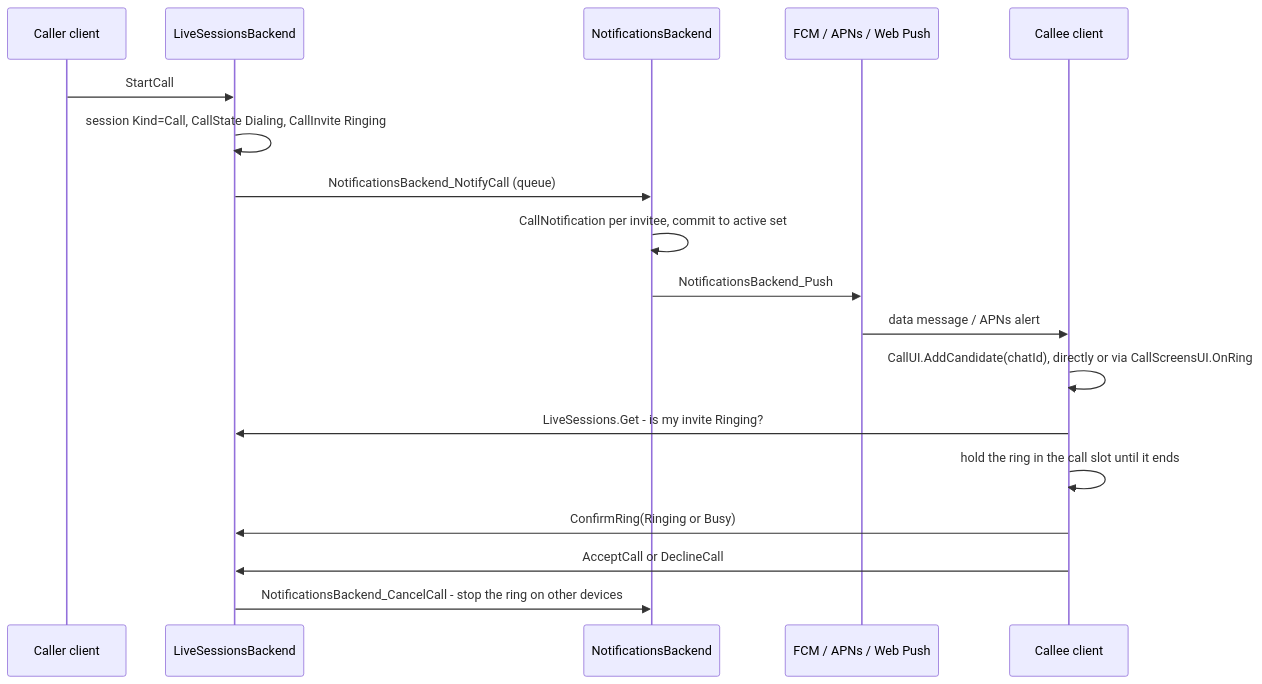
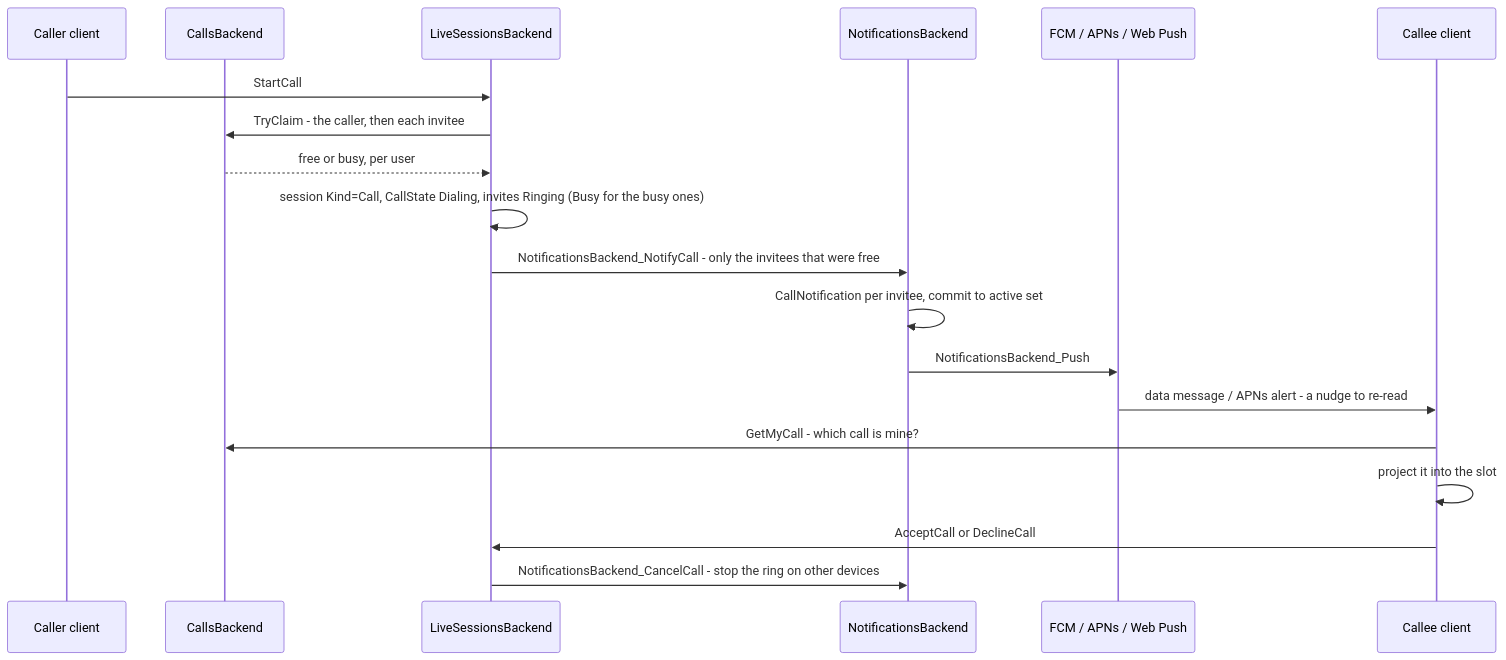
Before and after one commit to Actual-Chat/actual-chat: the diagram in docs/calls/incoming-call-flow.md, drawn with Mermaid. The commit also changed other lines of this file, not shown here.

First line of the commit message:
docs(calls): rewrite the incoming call flow as built

````diff
--- a/docs/calls/incoming-call-flow.md
+++ b/docs/calls/incoming-call-flow.md
@@ -23,21 +19,22 @@
 ```mermaid
 sequenceDiagram
     participant Caller as Caller client
+    participant CB as CallsBackend
     participant LS as LiveSessionsBackend
     participant NB as NotificationsBackend
     participant Push as FCM / APNs / Web Push
     participant Callee as Callee client
 
     Caller->>LS: StartCall
-    LS->>LS: session Kind=Call, CallState Dialing, CallInvite Ringing
-    LS->>NB: NotificationsBackend_NotifyCall (queue)
+    LS->>CB: TryClaim - the caller, then each invitee
+    CB-->>LS: free or busy, per user
+    LS->>LS: session Kind=Call, CallState Dialing, invites Ringing (Busy for the busy ones)
+    LS->>NB: NotificationsBackend_NotifyCall - only the invitees that were free
     NB->>NB: CallNotification per invitee, commit to active set
     NB->>Push: NotificationsBackend_Push
-    Push->>Callee: data message / APNs alert
-    Callee->>Callee: CallUI.AddCandidate(chatId), directly or via CallScreensUI.OnRing
-    Callee->>LS: LiveSessions.Get - is my invite Ringing?
-    Callee->>Callee: hold the ring in the call slot until it ends
-    Callee->>LS: ConfirmRing(Ringing or Busy)
+    Push->>Callee: data message / APNs alert - a nudge to re-read
+    Callee->>CB: GetMyCall - which call is mine?
+    Callee->>Callee: project it into the slot
     Callee->>LS: AcceptCall or DeclineCall
     LS->>NB: NotificationsBackend_CancelCall - stop the ring on other devices
 ```
````
